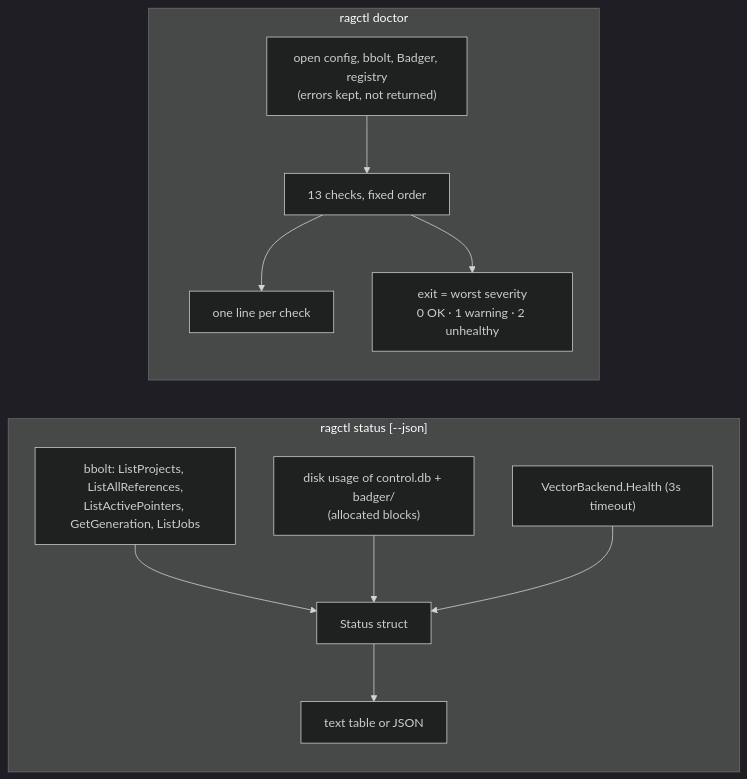
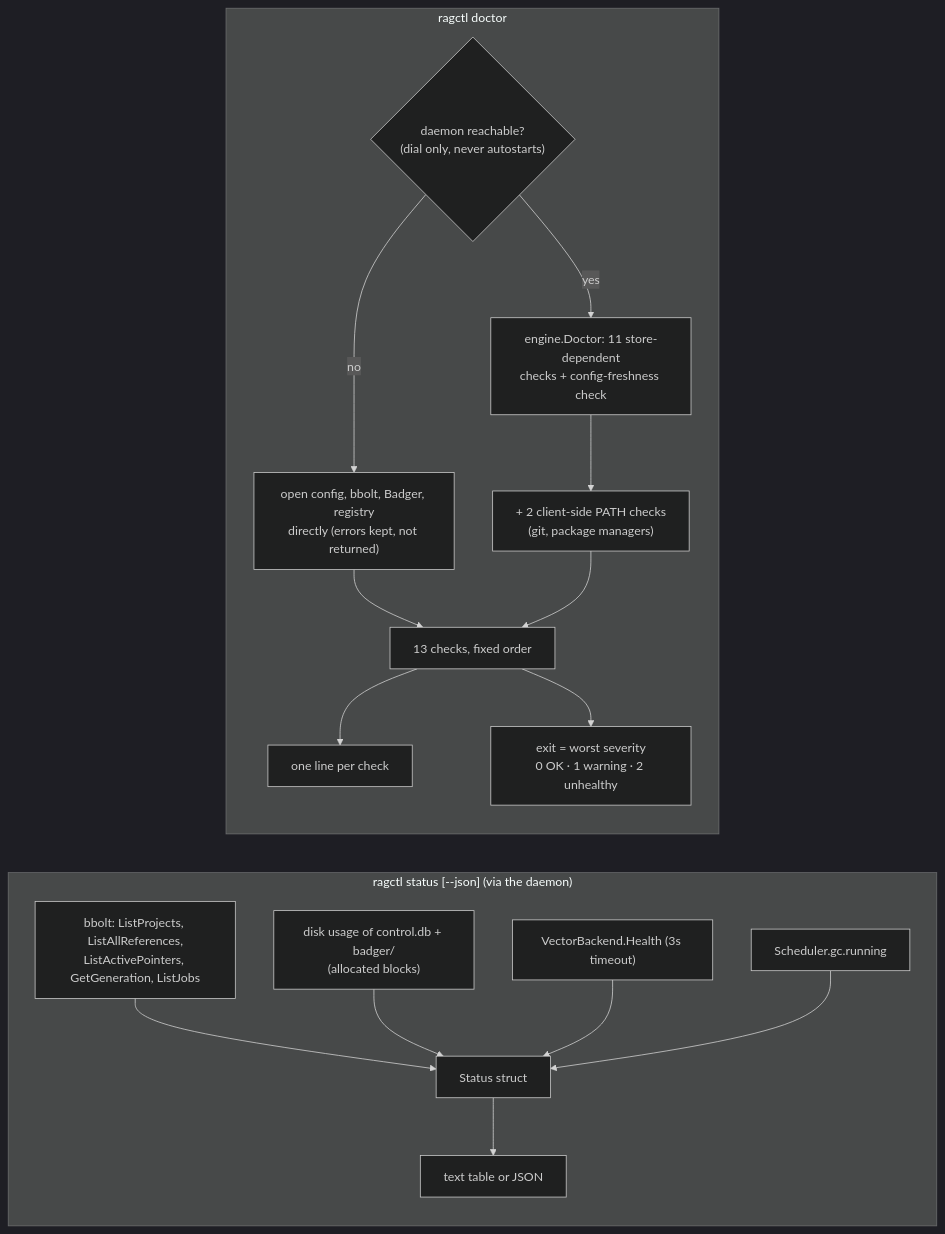
One commit to aleutian-ai/depctl changed diagram 11 of 12 in docs/architecture.md. Above: the diagram before and after it, drawn with Mermaid (dark theme). The commit also changed other lines of this file and 4 other files, not shown here.

````diff
--- a/docs/architecture.md
+++ b/docs/architecture.md
@@ -417,14 +444,20 @@
 ```mermaid
 flowchart LR
-    subgraph status["ragctl status [--json]"]
+    subgraph status["ragctl status [--json] (via the daemon)"]
         S1["bbolt: ListProjects, ListAllReferences,<br/>ListActivePointers, GetGeneration, ListJobs"] --> S2["Status struct"]
         S3["disk usage of control.db + badger/<br/>(allocated blocks)"] --> S2
         S4["VectorBackend.Health (3s timeout)"] --> S2
+        S5b["Scheduler.gc.running"] --> S2
         S2 --> S5["text table or JSON"]
     end
     subgraph doctor["ragctl doctor"]
-        D1["open config, bbolt, Badger, registry<br/>(errors kept, not returned)"] --> D2["13 checks, fixed order"]
+        D0{"daemon reachable?<br/>(dial only, never autostarts)"}
+        D0 -->|yes| D1a["engine.Doctor: 11 store-dependent<br/>checks + config-freshness check"]
+        D0 -->|no| D1b["open config, bbolt, Badger, registry<br/>directly (errors kept, not returned)"]
+        D1a --> D1c["+ 2 client-side PATH checks<br/>(git, package managers)"]
+        D1b --> D2["13 checks, fixed order"]
+        D1c --> D2
         D2 --> D3["one line per check"]
         D2 --> D4["exit = worst severity<br/>0 OK · 1 warning · 2 unhealthy"]
     end
 ```
````
